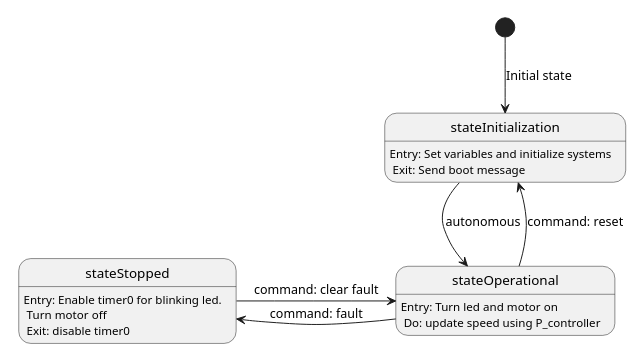
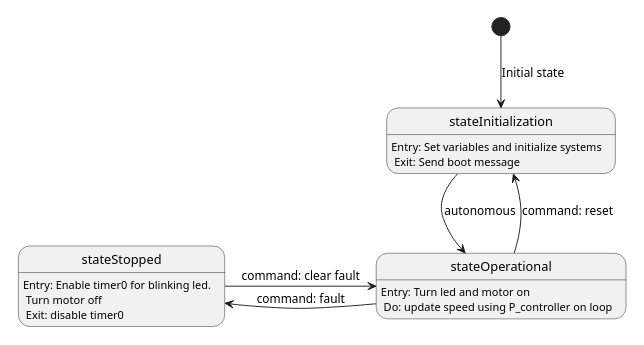
One commit to JonkiTroll/Embedded_Systems changed the diagram in Group_project_3/docs/diagrams/src/state.puml. Above: the diagram before and after it, drawn with PlantUML.

Commit message:
yaddayadda

```diff
--- a/Group_project_3/docs/diagrams/src/state.puml
+++ b/Group_project_3/docs/diagrams/src/state.puml
@@ -1,16 +1,16 @@
 @startuml
 'https://plantuml.com/state-diagram
 
 scale 350 width
 
 stateInitialization:        Entry: Set variables and initialize systems\n Exit: Send boot message
-stateOperational:           Entry: Turn led and motor on\n Do: update speed using P_controller
+stateOperational:           Entry: Turn led and motor on\n Do: update speed using P_controller on loop
 stateStopped:               Entry: Enable timer0 for blinking led.\n Turn motor off\n Exit: disable timer0
 
 [*]-down->stateInitialization: Initial state
 stateInitialization -down-> stateOperational: autonomous
 stateOperational -up-> stateInitialization: command: reset
 stateOperational -right-> stateStopped: command: fault
 stateStopped -right-> stateOperational: command: clear fault
 
 @enduml
```
